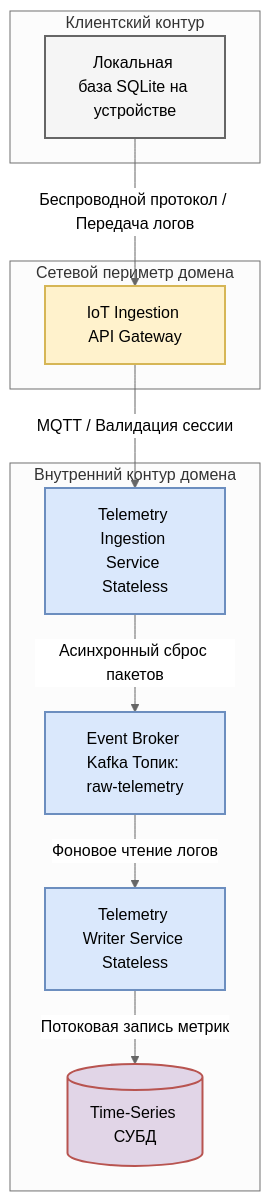
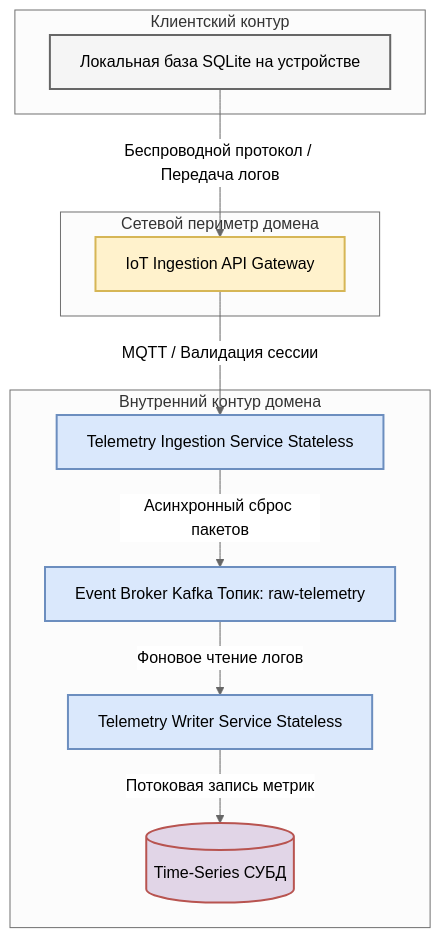
The first of 5 diagrams in stage-2-planning/13-component-architecture.md (Maksim-Burning-Inside/Sports-app-architecture), drawn with Mermaid (neutral theme) before and after one commit.

````diff
--- a/stage-2-planning/13-component-architecture.md
+++ b/stage-2-planning/13-component-architecture.md
@@ -15,31 +15,31 @@
 ```mermaid
-%%{init: {"flowchart": {"htmlLabels": true, "wrappingWidth": 120}}}%%
+%%{init: {"flowchart": {"htmlLabels": true, "wrappingWidth": 400}}}%%
 graph TD
     %% Описание стилей для красивого отображения
     classDef perimeter fill:#fff2cc,stroke:#d6b656,stroke-width:2px;
     classDef internal fill:#dae8fc,stroke:#6c8ebf,stroke-width:2px;
     classDef db fill:#e1d5e7,stroke:#b85450,stroke-width:2px;
     classDef client fill:#f5f5f5,stroke:#666666,stroke-width:2px;
 
     subgraph Клиентский контур
         A[Локальная база SQLite на устройстве]:::client
     end
 
     subgraph Сетевой периметр домена
         B[IoT Ingestion API Gateway]:::perimeter
     end
 
     subgraph Внутренний контур домена
         C[Telemetry Ingestion Service Stateless]:::internal
         D[Event Broker Kafka Топик: raw-telemetry]:::internal
         E[Telemetry Writer Service Stateless]:::internal
         F[(Time-Series СУБД)]:::db
     end
 
     %% Направление движения потока данных
     A -->|Беспроводной протокол / Передача логов| B
     B -->|MQTT / Валидация сессии| C
     C -->|Асинхронный сброс пакетов| D
     D -->|Фоновое чтение логов| E
     E -->|Потоковая запись метрик| F
 ```
````
